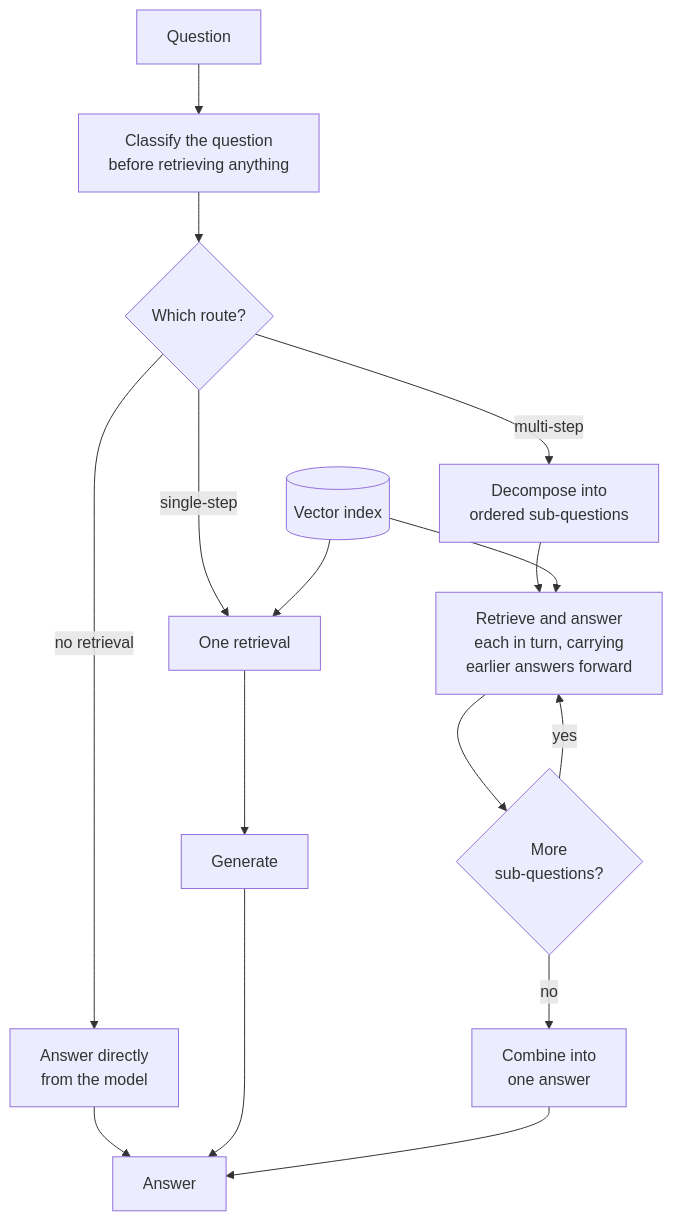
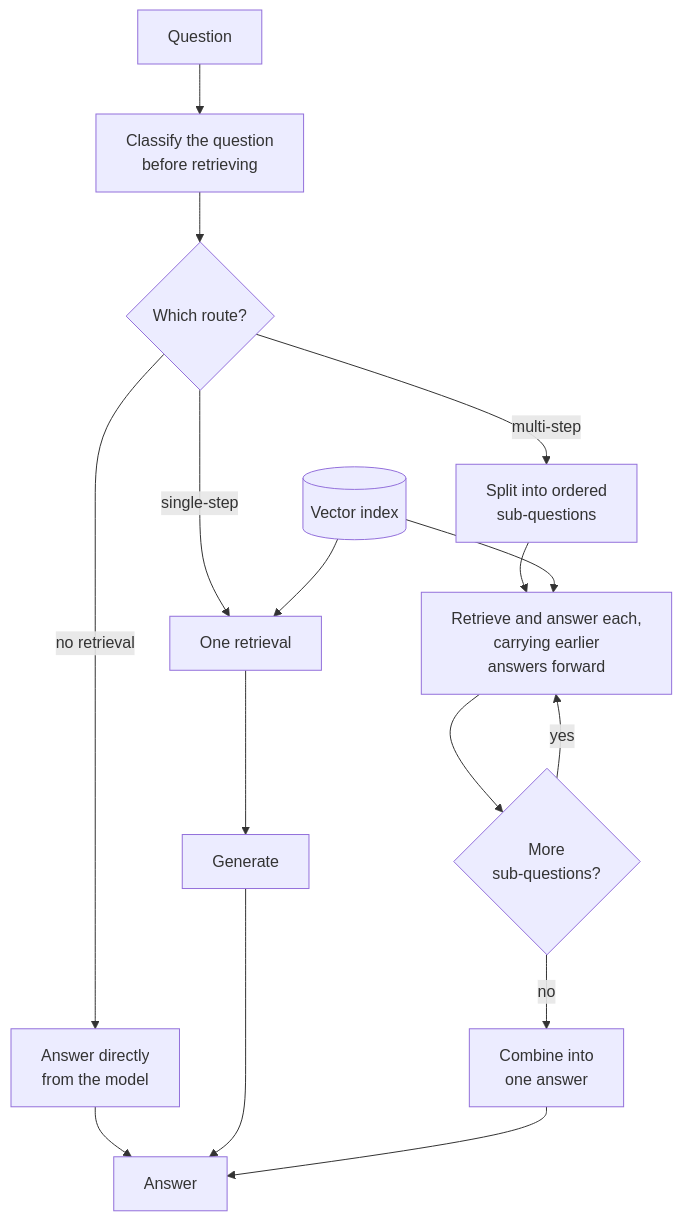
One commit to jjaaxx44/genai-personal-lab-rag changed the second of 2 diagrams in app/demos/rag/adaptive/README.md. Above: the diagram before and after it, drawn with Mermaid. The commit also changed other lines of this file and 32 other files, not shown here.

````diff
--- a/app/demos/rag/adaptive/README.md
+++ b/app/demos/rag/adaptive/README.md
@@ -32,18 +20,18 @@
 ```mermaid
 flowchart TD
-  Q["Question"] --> R["Classify the question<br/>before retrieving anything"]
+  Q["Question"] --> R["Classify the question<br/>before retrieving"]
   R --> D{"Which route?"}
   D -->|"no retrieval"| NR["Answer directly<br/>from the model"]
   D -->|"single-step"| S1["One retrieval"]
   I[("Vector index")] --> S1
   S1 --> S2["Generate"]
-  D -->|"multi-step"| M1["Decompose into<br/>ordered sub-questions"]
-  M1 --> M2["Retrieve and answer<br/>each in turn, carrying<br/>earlier answers forward"]
+  D -->|"multi-step"| M1["Split into ordered<br/>sub-questions"]
+  M1 --> M2["Retrieve and answer each,<br/>carrying earlier<br/>answers forward"]
   I --> M2
   M2 --> M3{"More<br/>sub-questions?"}
   M3 -->|"yes"| M2
   M3 -->|"no"| M4["Combine into<br/>one answer"]
   NR --> A["Answer"]
   S2 --> A
   M4 --> A
 ```
````
